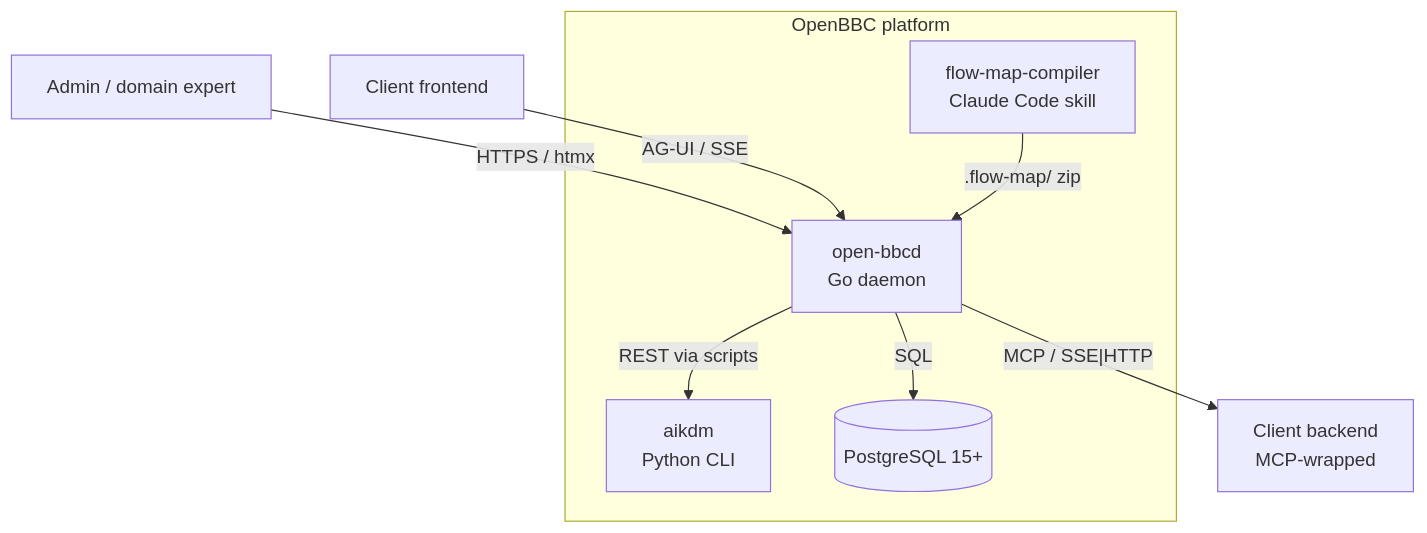
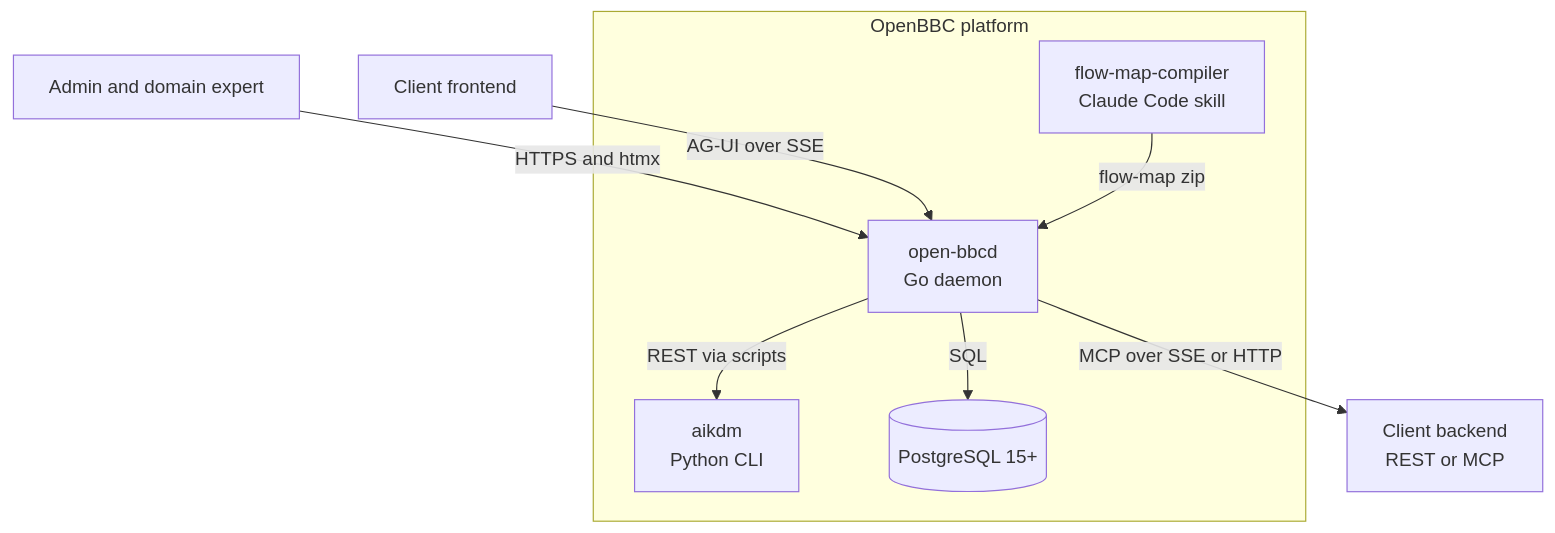
Before and after one commit to DACdigital/openbbc-docs: the diagram in docs/architecture/current/README.md, drawn with Mermaid. The commit also changed 5 other files, not shown here.

````diff
--- a/docs/architecture/current/README.md
+++ b/docs/architecture/current/README.md
@@ -5,20 +5,20 @@
 ```mermaid
 flowchart TB
     Client[Client frontend]
-    Admin[Admin / domain expert]
-    Backend[Client backend<br/>MCP-wrapped]
+    Admin[Admin and domain expert]
+    Backend[Client backend<br/>REST or MCP]
 
     subgraph OURS[OpenBBC platform]
         FMC[flow-map-compiler<br/>Claude Code skill]
         OBBCD[open-bbcd<br/>Go daemon]
         AIKDM[aikdm<br/>Python CLI]
         DB[(PostgreSQL 15+)]
     end
 
-    Admin -- HTTPS / htmx --> OBBCD
-    Client -- AG-UI / SSE --> OBBCD
-    OBBCD -- MCP / SSE|HTTP --> Backend
+    Admin -- HTTPS and htmx --> OBBCD
+    Client -- AG-UI over SSE --> OBBCD
+    OBBCD -- MCP over SSE or HTTP --> Backend
     OBBCD -- SQL --> DB
     OBBCD -- REST via scripts --> AIKDM
-    FMC -- .flow-map/ zip --> OBBCD
+    FMC -- flow-map zip --> OBBCD
 ```
````
